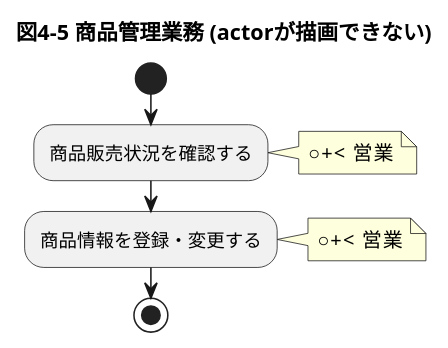
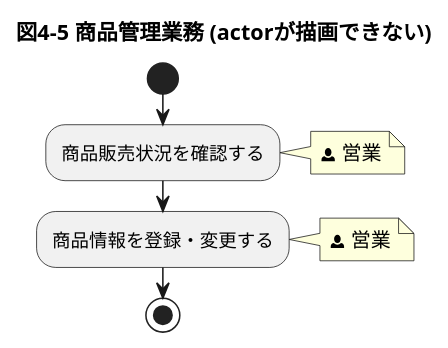
The diagram in chap04/4-05.puml (eyasuyuki/rdra-example), drawn with PlantUML before and after one commit. The commit also changed 9 other files, not shown here.

```diff
--- a/chap04/4-05.puml
+++ b/chap04/4-05.puml
@@ -1,9 +1,9 @@
 @startuml
 title 図4-5 商品管理業務 (actorが描画できない)
 start
 :商品販売状況を確認する;
-note right: ○+< 営業
+note right: <&person> 営業
 :商品情報を登録・変更する;
-note right: ○+< 営業
+note right: <&person> 営業
 stop
 @enduml
```
